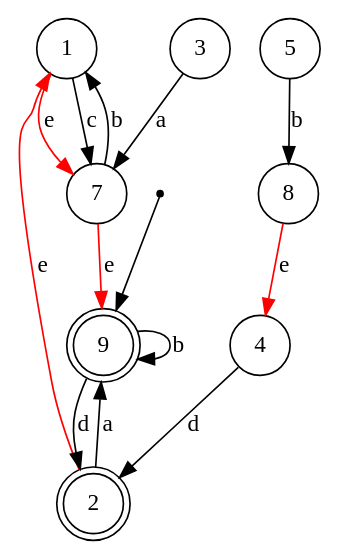
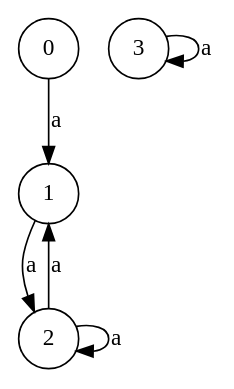
One commit to Reithger/Finite-State-Machine-Model changed the diagram in dotsource.dot. Above: the diagram before and after it, drawn with Graphviz. The commit also changed 16 other files, not shown here.

```diff
--- a/dotsource.dot
+++ b/dotsource.dot
@@ -1,24 +1,11 @@
 digraph G {
-"n0"[label="1"shape=circle color="black"];
-"n1"[label="2"shape=doublecircle color="black"];
-"n2"[label="3"shape=circle color="black"];
-"n3"[label="4"shape=circle color="black"];
-"n4"[label="5"shape=circle color="black"];
-"n5"[label="7"shape=circle color="black"];
-"n6"[label="8"shape=circle color="black"];
-"n7"[label="9"shape=doublecircle color="black"];
-"ArbitraryUnusedNameNoWorriesJustGrooving8"[fontSize=1 shape=point];
-{"ArbitraryUnusedNameNoWorriesJustGrooving8"}->{"n7"};
-{"n0"}->{"n5"}[label = "e" color="red" arrowhead="normal"];
-{"n0"}->{"n5"}[label = "c" color="black" arrowhead="normal"];
-{"n1"}->{"n0"}[label = "e" color="red" arrowhead="normal"];
-{"n1"}->{"n7"}[label = "a" color="black" arrowhead="normal"];
-{"n2"}->{"n5"}[label = "a" color="black" arrowhead="normal"];
-{"n3"}->{"n1"}[label = "d" color="black" arrowhead="normal"];
-{"n4"}->{"n6"}[label = "b" color="black" arrowhead="normal"];
-{"n5"}->{"n0"}[label = "b" color="black" arrowhead="normal"];
-{"n5"}->{"n7"}[label = "e" color="red" arrowhead="normal"];
-{"n6"}->{"n3"}[label = "e" color="red" arrowhead="normal"];
-{"n7"}->{"n7"}[label = "b" color="black" arrowhead="normal"];
-{"n7"}->{"n1"}[label = "d" color="black" arrowhead="normal"];
+"n0"[label="0"shape=circle color="black"];
+"n1"[label="1"shape=circle color="black"];
+"n2"[label="2"shape=circle color="black"];
+"n3"[label="3"shape=circle color="black"];
+{"n0"}->{"n1"}[label = "a" color="black" arrowhead="normal"];
+{"n1"}->{"n2"}[label = "a" color="black" arrowhead="normal"];
+{"n2"}->{"n2"}[label = "a" color="black" arrowhead="normal"];
+{"n2"}->{"n1"}[label = "a" color="black" arrowhead="normal"];
+{"n3"}->{"n3"}[label = "a" color="black" arrowhead="normal"];
 }
```
